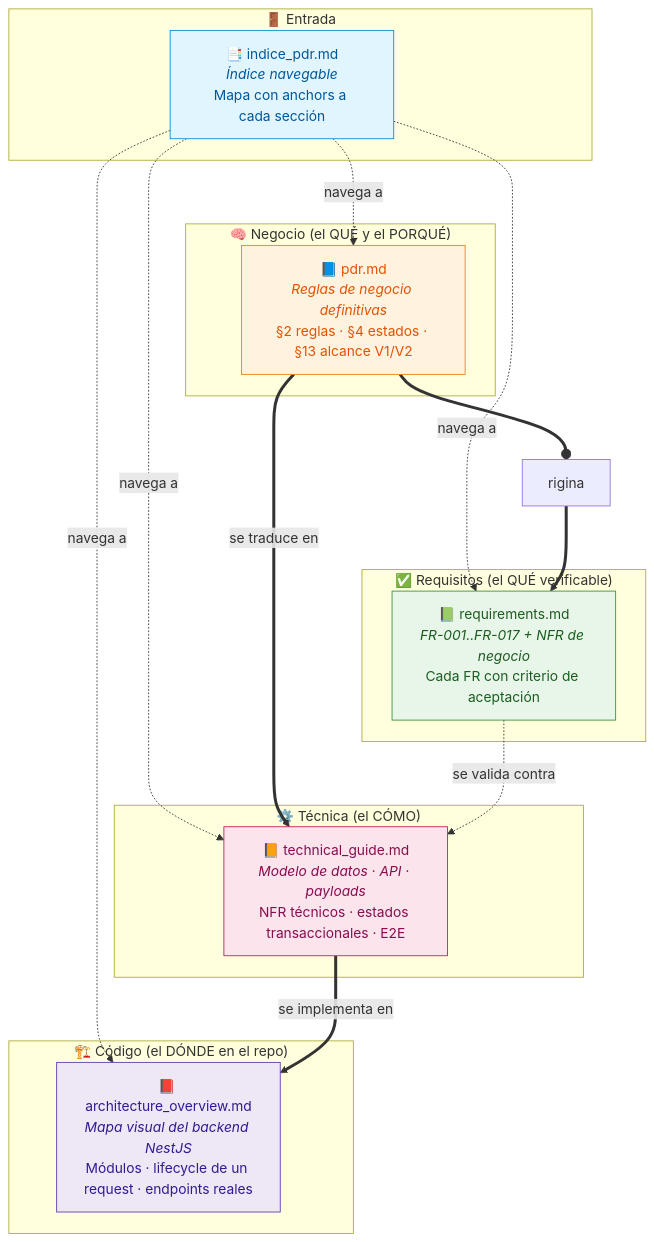
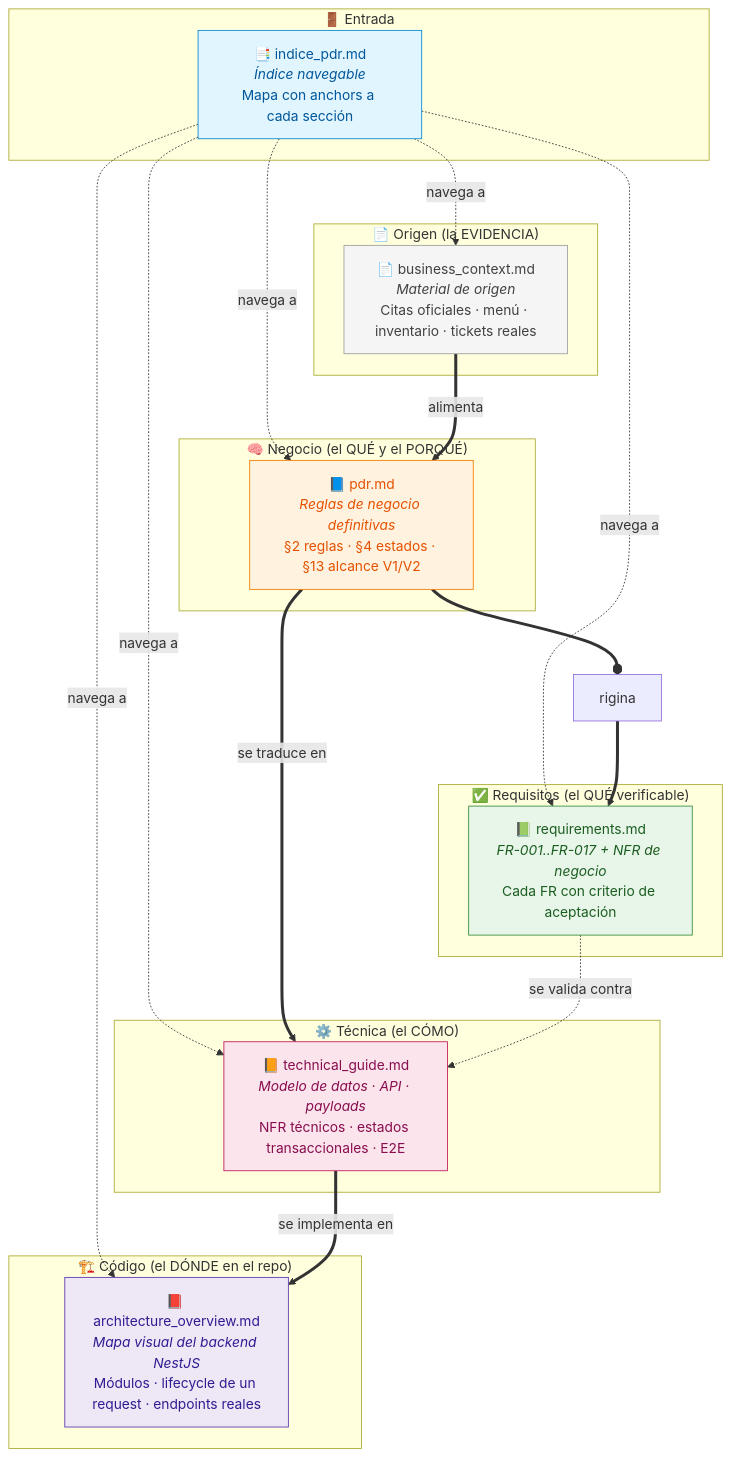
One commit to Santillan-Reyna-Ariel-Angel/wonderchicken-docs changed the first of 6 diagrams in docs/indice_pdr.md. Above: the diagram before and after it, drawn with Mermaid. The commit also changed other lines of this file and 5 other files, not shown here.

````diff
--- a/docs/indice_pdr.md
+++ b/docs/indice_pdr.md
@@ -93,43 +96,51 @@
 ```mermaid
 flowchart TB
     subgraph entrada["🚪 Entrada"]
         IDX["📑 indice_pdr.md<br/><i>Índice navegable</i><br/>Mapa con anchors a cada sección"]
+    end
+
+    subgraph origen["📄 Origen (la EVIDENCIA)"]
+        BC["📄 business_context.md<br/><i>Material de origen</i><br/>Citas oficiales · menú · inventario · tickets reales"]
     end
 
     subgraph negocio["🧠 Negocio (el QUÉ y el PORQUÉ)"]
         PDR["📘 pdr.md<br/><i>Reglas de negocio definitivas</i><br/>§2 reglas · §4 estados · §13 alcance V1/V2"]
     end
 
     subgraph requis["✅ Requisitos (el QUÉ verificable)"]
         REQ["📗 requirements.md<br/><i>FR-001..FR-017 + NFR de negocio</i><br/>Cada FR con criterio de aceptación"]
     end
 
     subgraph tecnica["⚙️ Técnica (el CÓMO)"]
         TECH["📙 technical_guide.md<br/><i>Modelo de datos · API · payloads</i><br/>NFR técnicos · estados transaccionales · E2E"]
     end
 
     subgraph codigo["🏗️ Código (el DÓNDE en el repo)"]
         ARCH["📕 architecture_overview.md<br/><i>Mapa visual del backend NestJS</i><br/>Módulos · lifecycle de un request · endpoints reales"]
     end
 
+    IDX -.navega a.-> BC
     IDX -.navega a.-> PDR
     IDX -.navega a.-> REQ
     IDX -.navega a.-> TECH
     IDX -.navega a.-> ARCH
 
+    BC ==alimenta==> PDR
     PDR ==origina==> REQ
     PDR ==se traduce en==> TECH
     REQ -.se valida contra.-> TECH
     TECH ==se implementa en==> ARCH
 
     classDef idx fill:#e1f5fe,stroke:#0288d1,color:#01579b
+    classDef bc fill:#f5f5f5,stroke:#9e9e9e,color:#424242
     classDef pdr fill:#fff3e0,stroke:#f57c00,color:#e65100
     classDef req fill:#e8f5e9,stroke:#388e3c,color:#1b5e20
     classDef tech fill:#fce4ec,stroke:#c2185b,color:#880e4f
     classDef arch fill:#ede7f6,stroke:#5e35b1,color:#311b92
     class IDX idx
+    class BC bc
     class PDR pdr
     class REQ req
     class TECH tech
     class ARCH arch
 ```
````
